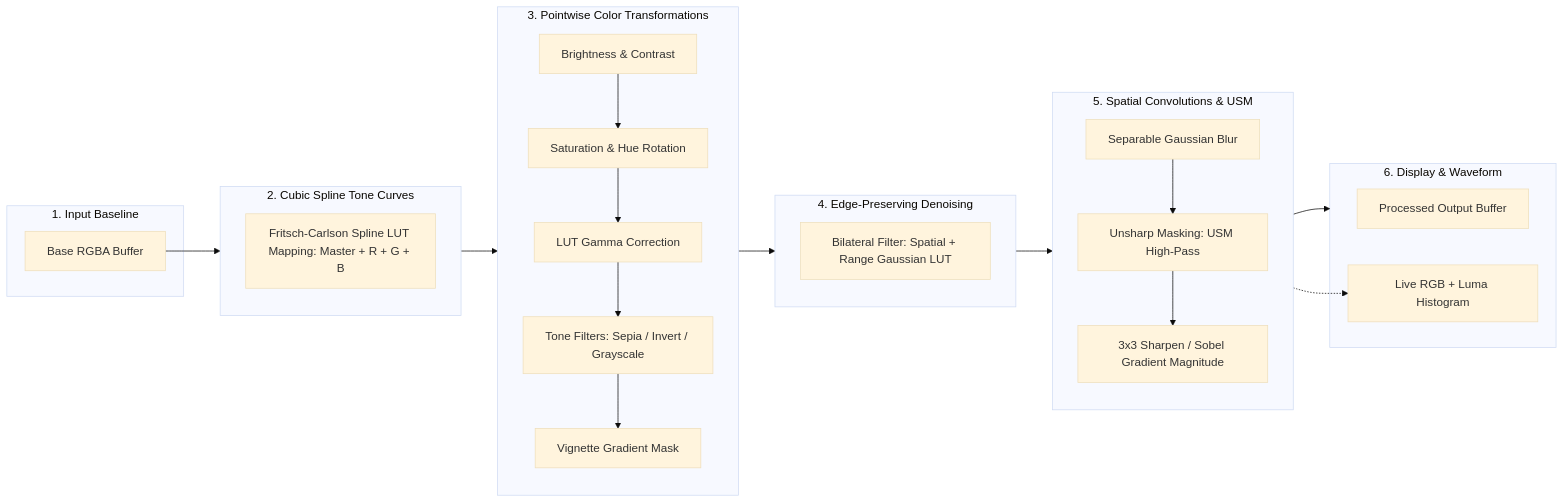
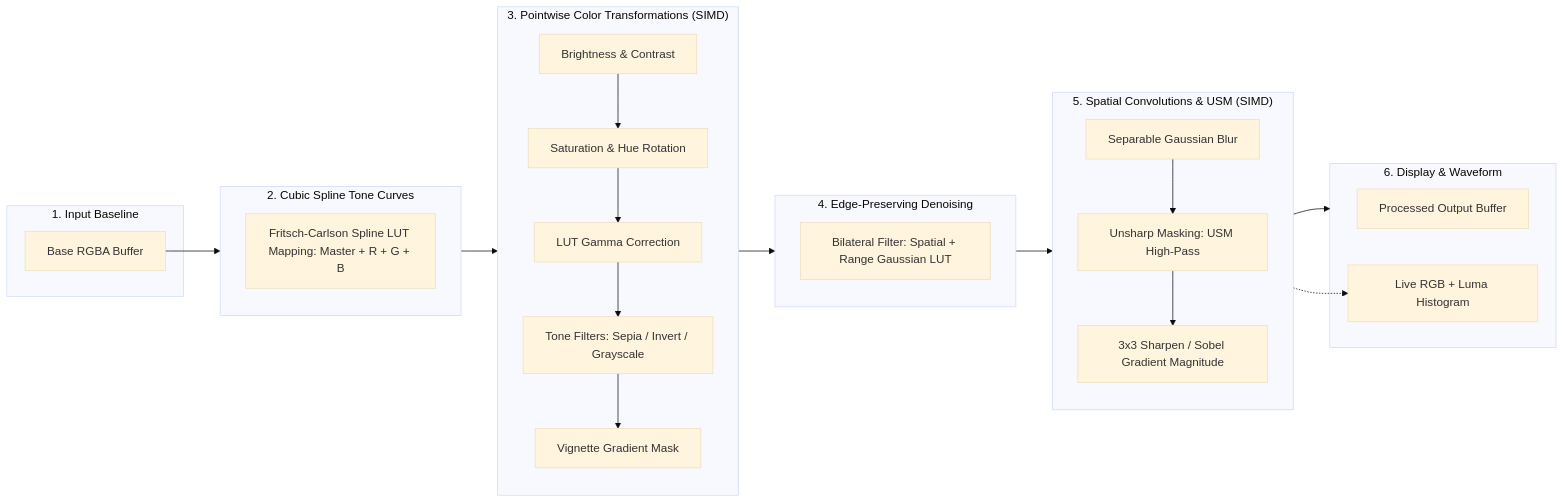
One commit to faizan-7890/RUST changed the fourth of 4 diagrams in docs/architecture_diagram.md. Above: the diagram before and after it, drawn with Mermaid (base theme). The commit also changed other lines of this file, not shown here.

Commit message:
docs: add SIMD128 vector instruction pipeline diagrams and updated benchmark matrix

````diff
--- a/docs/architecture_diagram.md
+++ b/docs/architecture_diagram.md
@@ -94,38 +121,38 @@
 ```mermaid
 flowchart LR
     subgraph Input_Stage["1. Input Baseline"]
         A[Base RGBA Buffer]
     end
 
     subgraph Tone_Curve_Stage["2. Cubic Spline Tone Curves"]
         B[Fritsch-Carlson Spline LUT Mapping: Master + R + G + B]
     end
 
-    subgraph Color_Stage["3. Pointwise Color Transformations"]
+    subgraph Color_Stage["3. Pointwise Color Transformations (SIMD)"]
         C[Brightness & Contrast] --> D[Saturation & Hue Rotation]
         D --> E[LUT Gamma Correction]
         E --> F[Tone Filters: Sepia / Invert / Grayscale]
         F --> G[Vignette Gradient Mask]
     end
 
     subgraph Edge_Preserving_Stage["4. Edge-Preserving Denoising"]
         H[Bilateral Filter: Spatial + Range Gaussian LUT]
     end
 
-    subgraph Spatial_Stage["5. Spatial Convolutions & USM"]
+    subgraph Spatial_Stage["5. Spatial Convolutions & USM (SIMD)"]
         I[Separable Gaussian Blur] --> J[Unsharp Masking: USM High-Pass]
         J --> K[3x3 Sharpen / Sobel Gradient Magnitude]
     end
 
     subgraph Output_Stage["6. Display & Waveform"]
         L[Processed Output Buffer]
         M[Live RGB + Luma Histogram]
     end
 
     A --> Tone_Curve_Stage
     Tone_Curve_Stage --> Color_Stage
     Color_Stage --> Edge_Preserving_Stage
     Edge_Preserving_Stage --> Spatial_Stage
     Spatial_Stage --> Output_Stage
     Spatial_Stage -.-> M
 ```
````
